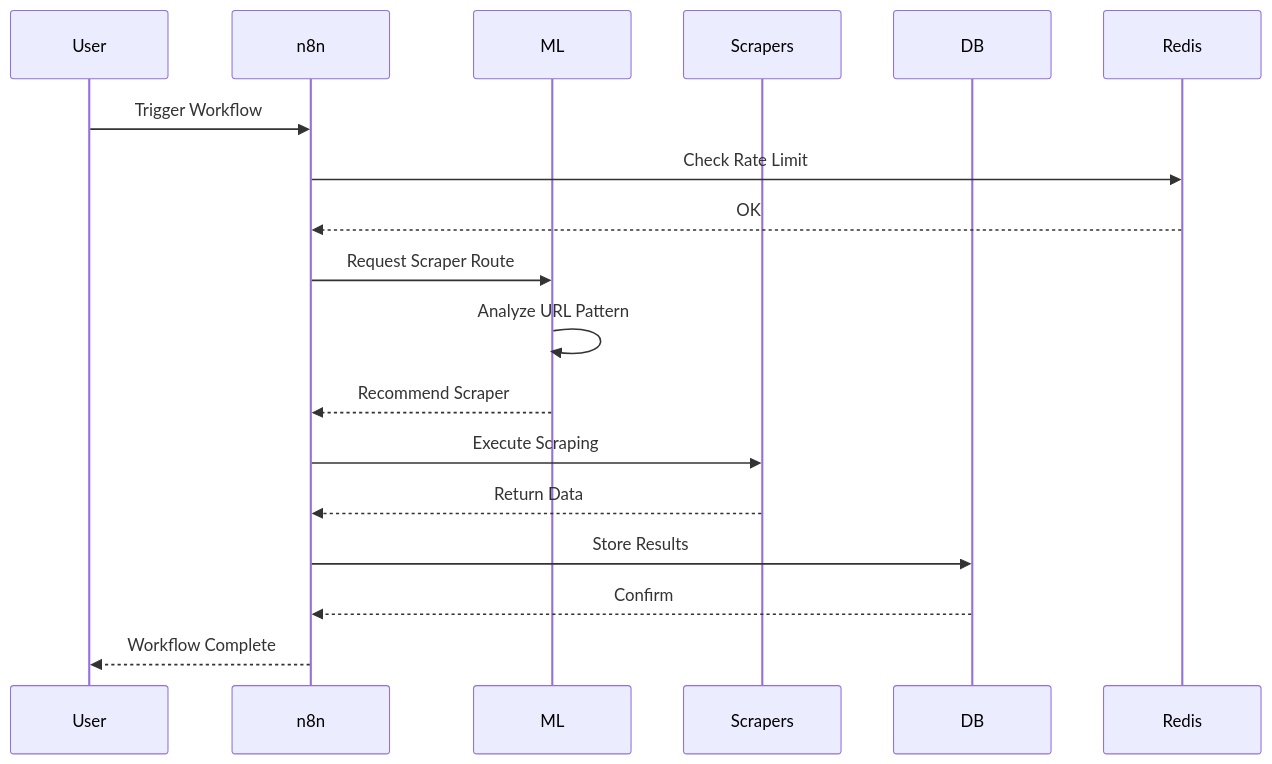
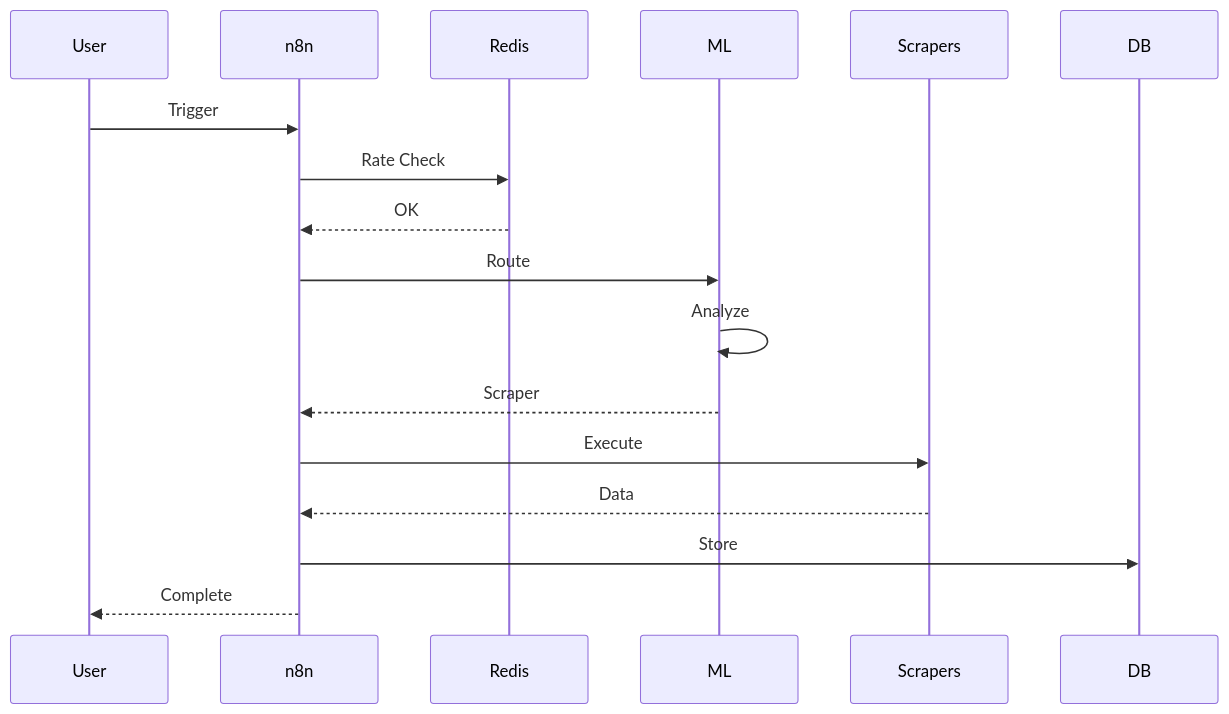
One commit to KomarovAI/n8n-scraper-docker changed the second of 7 diagrams in ARCHITECTURE.md. Above: the diagram before and after it, drawn with Mermaid. The commit also changed other lines of this file, not shown here.

First line of the commit message:
docs: ML-optimized architecture v3.0 - diagrams only, 85% reduction

````diff
--- a/ARCHITECTURE.md
+++ b/ARCHITECTURE.md
@@ -57,21 +48,13 @@
 ```mermaid
 sequenceDiagram
-    participant User
-    participant n8n
-    participant ML
-    participant Scrapers
-    participant DB
-    participant Redis
-
-    User->>n8n: Trigger Workflow
-    n8n->>Redis: Check Rate Limit
+    User->>n8n: Trigger
+    n8n->>Redis: Rate Check
     Redis-->>n8n: OK
-    n8n->>ML: Request Scraper Route
-    ML->>ML: Analyze URL Pattern
-    ML-->>n8n: Recommend Scraper
-    n8n->>Scrapers: Execute Scraping
-    Scrapers-->>n8n: Return Data
-    n8n->>DB: Store Results
-    DB-->>n8n: Confirm
-    n8n-->>User: Workflow Complete
+    n8n->>ML: Route
+    ML->>ML: Analyze
+    ML-->>n8n: Scraper
+    n8n->>Scrapers: Execute
+    Scrapers-->>n8n: Data
+    n8n->>DB: Store
+    n8n-->>User: Complete
 ```
````
